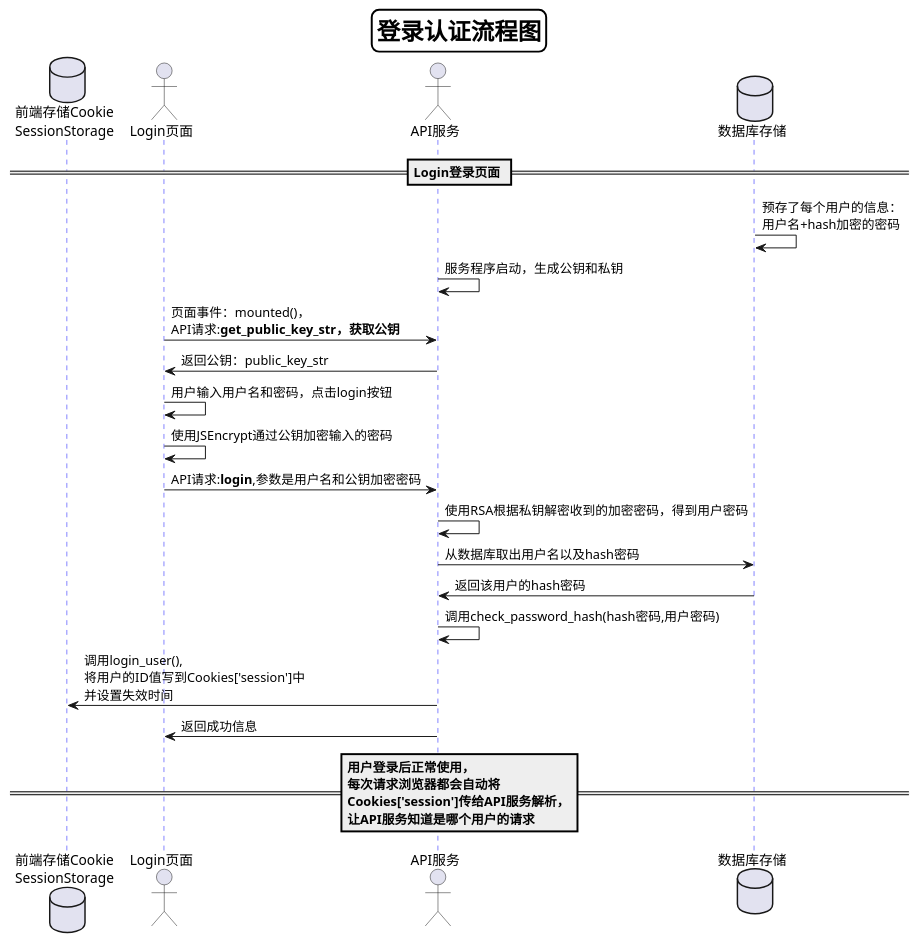
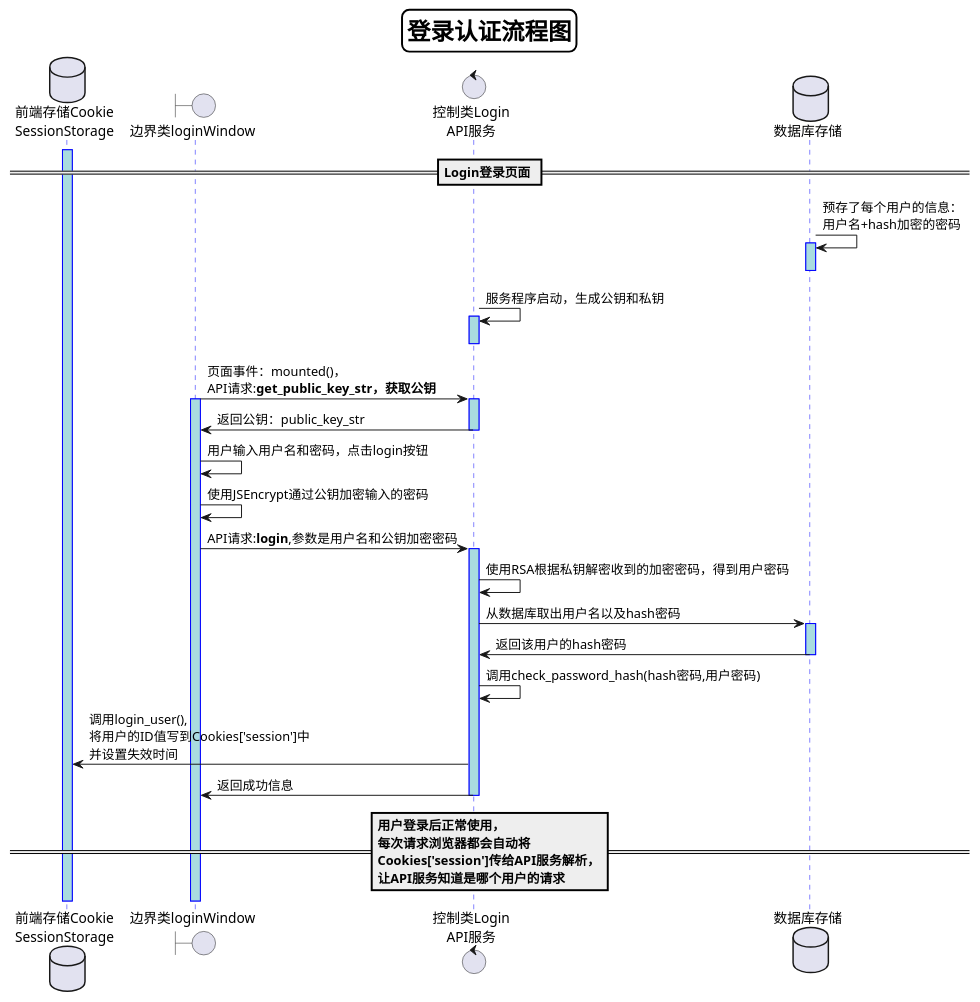
One commit to HaveyouBinbin/is_analysis changed the diagram in test6/src/登录认证流程图.puml. Above: the diagram before and after it, drawn with PlantUML. The commit also changed 16 other files, not shown here.

```diff
--- a/test6/src/登录认证流程图.puml
+++ b/test6/src/登录认证流程图.puml
@@ -1,43 +1,55 @@
 @startuml
 skinparam titleBorderRoundCorner 15
 skinparam titleBorderThickness 2
 skinparam titleBorderColor #Black
 skinparam titleFontSize 24
 Title 登录认证流程图
 
-database "前端存储Cookie\nSessionStorage" as 前端存储
-actor Login页面
-actor API服务
-database 数据库存储
+database "前端存储Cookie\nSessionStorage" as CS
+boundary 边界类loginWindow as LW
+control "控制类Login\nAPI服务" as LA
+database 数据库存储 as SH
 
 == Login登录页面 ==
-数据库存储->数据库存储:预存了每个用户的信息：\n用户名+hash加密的密码
-API服务->API服务:服务程序启动，生成公钥和私钥
-Login页面->API服务:页面事件：mounted()，\nAPI请求:<b>get_public_key_str<b>，获取公钥
-API服务->Login页面:返回公钥：public_key_str
-Login页面->Login页面:用户输入用户名和密码，点击login按钮
-Login页面->Login页面:使用JSEncrypt通过公钥加密输入的密码
-Login页面->API服务:API请求:<b>login</b>,参数是用户名和公钥加密密码
-API服务->API服务:使用RSA根据私钥解密收到的加密密码，得到用户密码
-API服务->数据库存储:从数据库取出用户名以及hash密码
-数据库存储->API服务:返回该用户的hash密码
-API服务->API服务:调用check_password_hash(hash密码,用户密码)
-API服务->前端存储:调用login_user(),\n将用户的ID值写到Cookies['session']中\n并设置失效时间
-API服务->Login页面:返回成功信息
+activate CS
+SH->SH:预存了每个用户的信息：\n用户名+hash加密的密码
+activate SH
+deactivate SH
+LA->LA:服务程序启动，生成公钥和私钥
+activate LA
+deactivate LA
+LW->LA:页面事件：mounted()，\nAPI请求:<b>get_public_key_str<b>，获取公钥
+activate LW
+activate LA
+LA->LW:返回公钥：public_key_str
+deactivate LA
+LW->LW:用户输入用户名和密码，点击login按钮
+LW->LW:使用JSEncrypt通过公钥加密输入的密码
+LW->LA:API请求:<b>login</b>,参数是用户名和公钥加密密码
+activate LA
+LA->LA:使用RSA根据私钥解密收到的加密密码，得到用户密码
+LA->SH:从数据库取出用户名以及hash密码
+activate SH
+SH->LA:返回该用户的hash密码
+deactivate SH
+LA->LA:调用check_password_hash(hash密码,用户密码)
+LA->CS:调用login_user(),\n将用户的ID值写到Cookies['session']中\n并设置失效时间
+LA->LW:返回成功信息
+deactivate LA
 == 用户登录后正常使用，\n每次请求浏览器都会自动将\nCookies['session']传给API服务解析，\n让API服务知道是哪个用户的请求==
 
 skinparam sequence {
 	ArrowColor DeepSkyBlue
 	ActorBorderColor DeepSkyBlue
 	LifeLineBorderColor blue
 	LifeLineBackgroundColor #A9DCDF
 	ParticipantBorderColor DeepSkyBlue
 	ParticipantBackgroundColor DodgerBlue
 	ParticipantFontName Impact
 	ParticipantFontSize 17
 	ParticipantFontColor #A9DCDF
 	ActorBackgroundColor aqua
 	ActorFontSize 17
 	ActorFontName Aapex
 }
 @enduml
```
